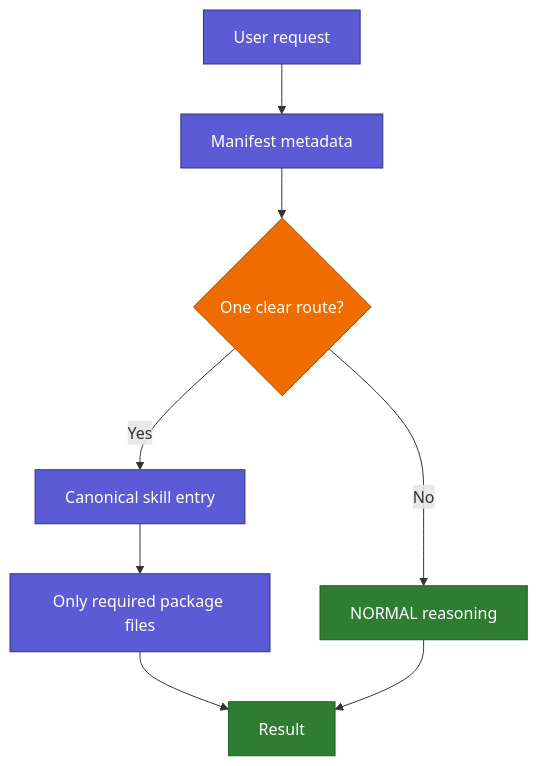
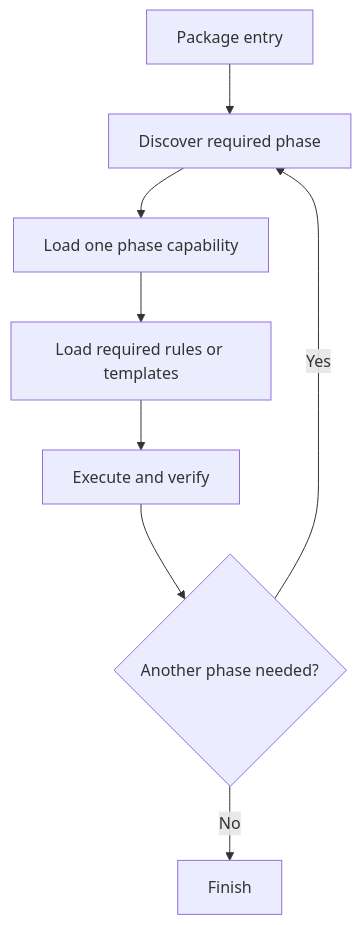
Before and after one commit to geekybobz/skills_ai: the second of 2 diagrams in docs/human/09_SKILL_ANATOMY.md, drawn with Mermaid. The commit also changed other lines of this file and 30 other files, not shown here.

````diff
--- a/docs/human/09_SKILL_ANATOMY.md
+++ b/docs/human/09_SKILL_ANATOMY.md
@@ -115,17 +59,10 @@
 ```mermaid
 flowchart TD
-    Q["User request"] --> M["Manifest metadata"]
-    M --> D{"One clear route?"}
-    D -- "No" --> N["NORMAL reasoning"]
-    D -- "Yes" --> E["Canonical skill entry"]
-    E --> P["Only required package files"]
-    P --> O["Result"]
-    N --> O
-
-    classDef decision fill:#EF6C00,color:#fff,stroke:#A64700
-    classDef action fill:#5B5BD6,color:#fff,stroke:#32327A
-    classDef result fill:#2E7D32,color:#fff,stroke:#1B5E20
-    class D decision
-    class Q,M,E,P action
-    class N,O result
+    E["Package entry"] --> D["Discover required phase"]
+    D --> P["Load one phase capability"]
+    P --> R["Load required rules or templates"]
+    R --> V["Execute and verify"]
+    V --> N{"Another phase needed?"}
+    N -- "Yes" --> D
+    N -- "No" --> O["Finish"]
 ```
````
